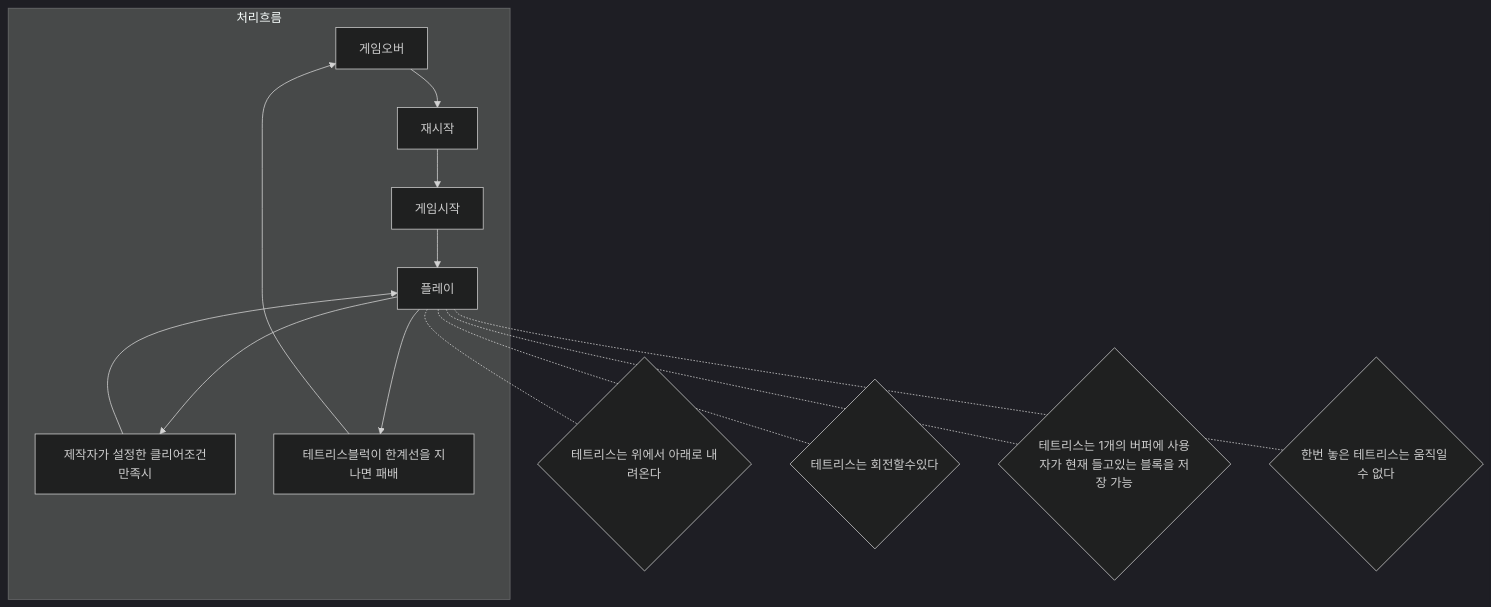
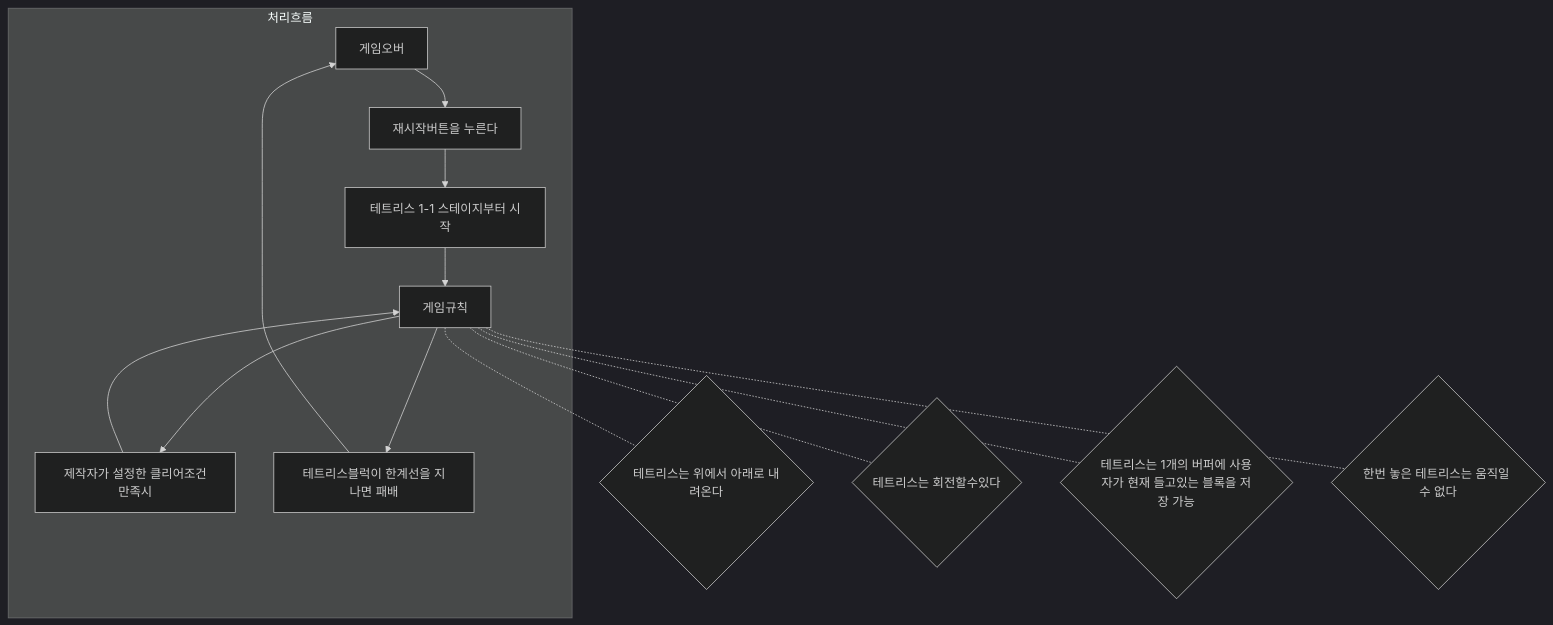
The first of 2 diagrams in Diagrams/20210519_Diagram.md (Wonsoox/Tutorial_Imitation_Teris), drawn with Mermaid (dark theme) before and after one commit.

````diff
--- a/Diagrams/20210519_Diagram.md
+++ b/Diagrams/20210519_Diagram.md
@@ -2,18 +2,18 @@
 ```mermaid
 graph TD
   subgraph GameFlow[처리흐름]
-    GameOver[게임오버] --> Restart[재시작]
-    Restart --> GameStart[게임시작]
-    GameStart --> Play[플레이]
+    GameOver[게임오버] --> Restart[재시작버튼을 누른다]
+    Restart --> GameStart[테트리스 1-1 스테이지부터 시작]
+    GameStart --> Play[게임규칙]
     Play --> Clear[제작자가 설정한 클리어조건만족시]
     Clear--> Play
     Play --> LoseCondition[테트리스블럭이 한계선을 지나면 패배]
     LoseCondition --> GameOver
   end
   Play -.- Rule1{테트리스는 위에서 아래로 내려온다}
   Play -.- Rule2{테트리스는 회전할수있다}
   Play -.- Rule3{테트리스는 1개의 버퍼에 사용자가 현재 들고있는 블록을 저장 가능}
   Play -.- Rule4{한번 놓은 테트리스는 움직일 수 없다}
 
   
 ```
````
